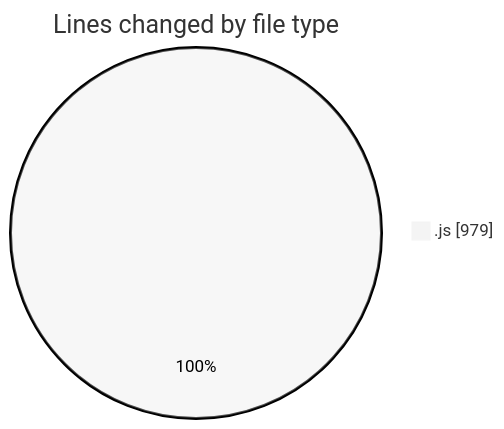
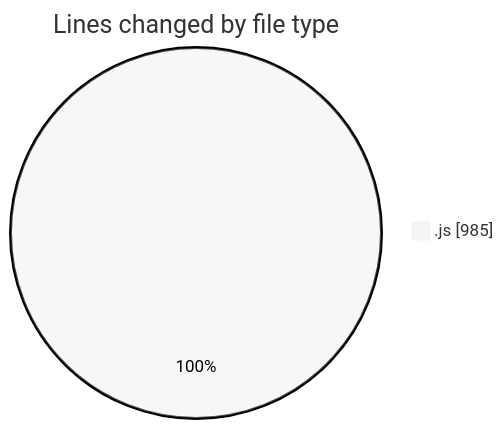
The first of 2 diagrams in 2026-02-04/cda/README.md (momahboobian/code-tracking), drawn with Mermaid (neutral theme) before and after one commit. The commit also changed other lines of this file and 1 other file, not shown here.

````diff
--- a/2026-02-04/cda/README.md
+++ b/2026-02-04/cda/README.md
@@ -20,5 +20,5 @@
 ```mermaid
 pie showData
 title Lines changed by file type
-".js" : 979
+".js" : 985
 ```
````
